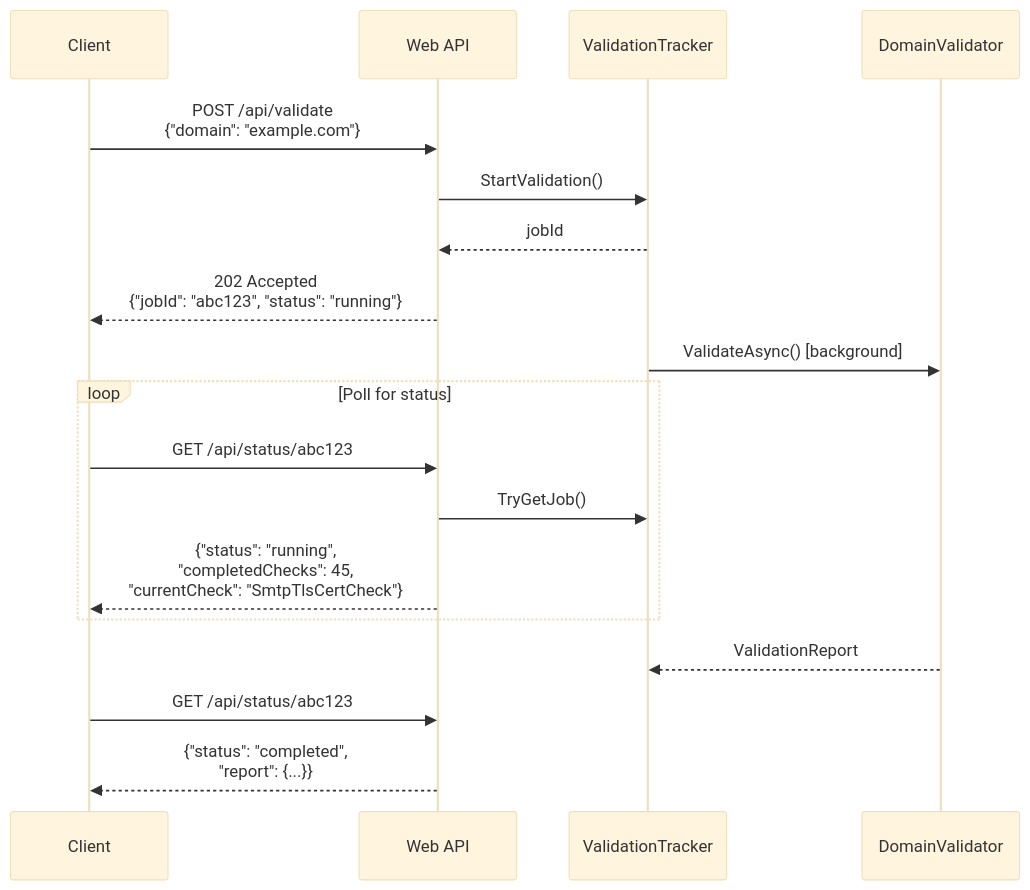
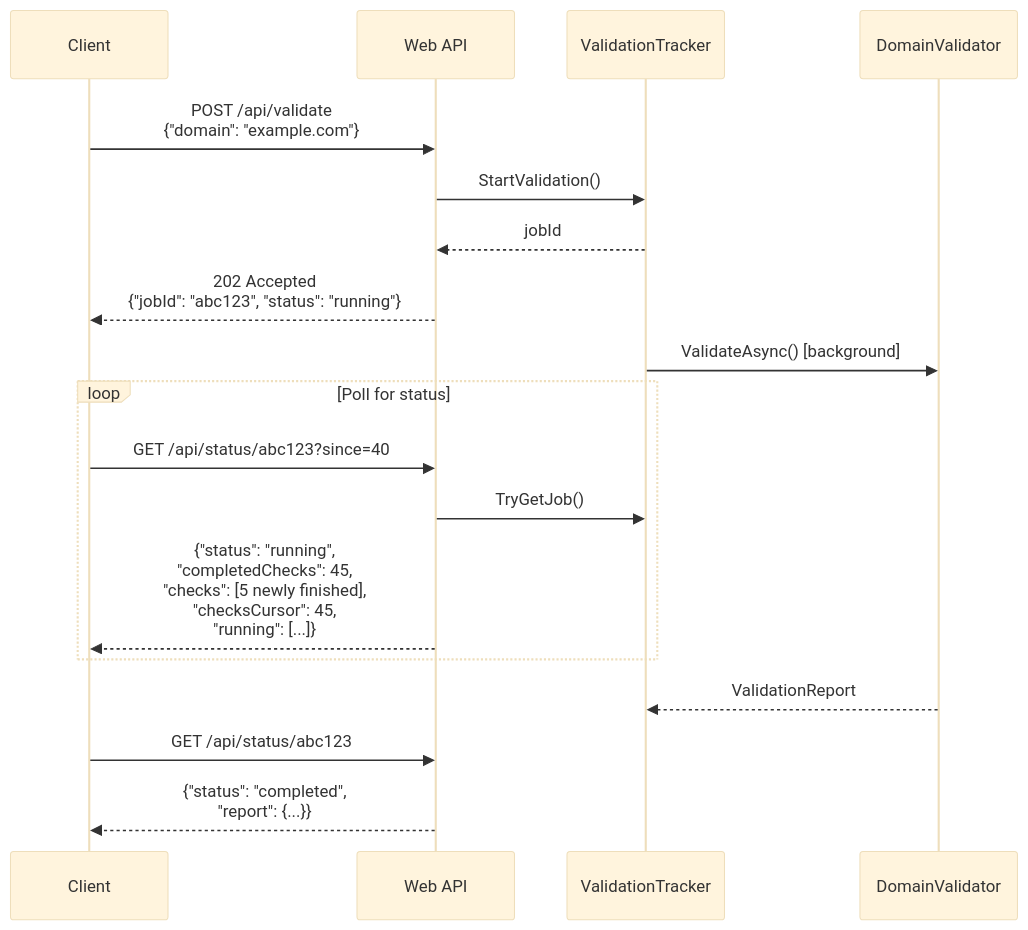
One commit to pkinerd/ednsv changed the diagram in docs/deployment.md. Above: the diagram before and after it, drawn with Mermaid (base theme). The commit also changed other lines of this file and 10 other files, not shown here.

First line of the commit message:
Stream results to the UI as checks finish, and show each check's duration

````diff
--- a/docs/deployment.md
+++ b/docs/deployment.md
@@ -125,24 +125,24 @@
 ```mermaid
 sequenceDiagram
     participant Client
     participant API as Web API
     participant Tracker as ValidationTracker
     participant DV as DomainValidator
 
     Client->>API: POST /api/validate<br/>{"domain": "example.com"}
     API->>Tracker: StartValidation()
     Tracker-->>API: jobId
     API-->>Client: 202 Accepted<br/>{"jobId": "abc123", "status": "running"}
 
     Tracker->>DV: ValidateAsync() [background]
 
     loop Poll for status
-        Client->>API: GET /api/status/abc123
+        Client->>API: GET /api/status/abc123?since=40
         API->>Tracker: TryGetJob()
-        API-->>Client: {"status": "running",<br/>"completedChecks": 45,<br/>"currentCheck": "SmtpTlsCertCheck"}
+        API-->>Client: {"status": "running",<br/>"completedChecks": 45,<br/>"checks": [5 newly finished],<br/>"checksCursor": 45,<br/>"running": [...]}
     end
 
     DV-->>Tracker: ValidationReport
     Client->>API: GET /api/status/abc123
     API-->>Client: {"status": "completed",<br/>"report": {...}}
 ```
````
